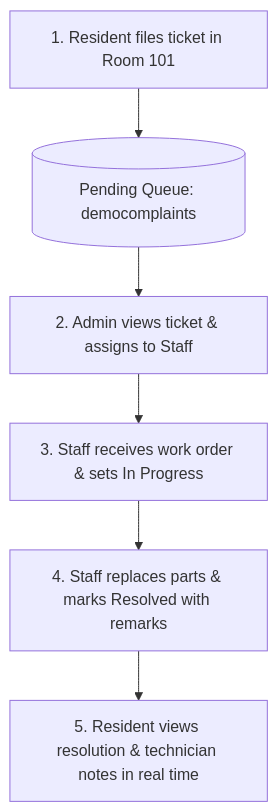
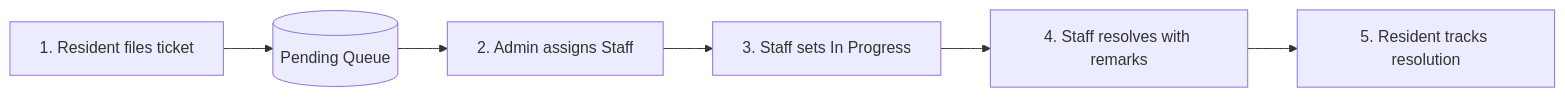
The diagram in README.md (r0kumar/FixMate-PG-Hostel-Maintenance-Tracker), drawn with Mermaid before and after one commit. The commit also changed other lines of this file, not shown here.

````diff
--- a/README.md
+++ b/README.md
@@ -121,8 +52,8 @@
 ```mermaid
-flowchart TD
-    A[1. Resident files ticket in Room 101] --> B[(Pending Queue: democomplaints)]
-    B --> C[2. Admin views ticket & assigns to Staff]
-    C --> D[3. Staff receives work order & sets In Progress]
-    D --> E[4. Staff replaces parts & marks Resolved with remarks]
-    E --> F[5. Resident views resolution & technician notes in real time]
+flowchart LR
+    A[1. Resident files ticket] --> B[(Pending Queue)]
+    B --> C[2. Admin assigns Staff]
+    C --> D[3. Staff sets In Progress]
+    D --> E[4. Staff resolves with remarks]
+    E --> F[5. Resident tracks resolution]
 ```
````
